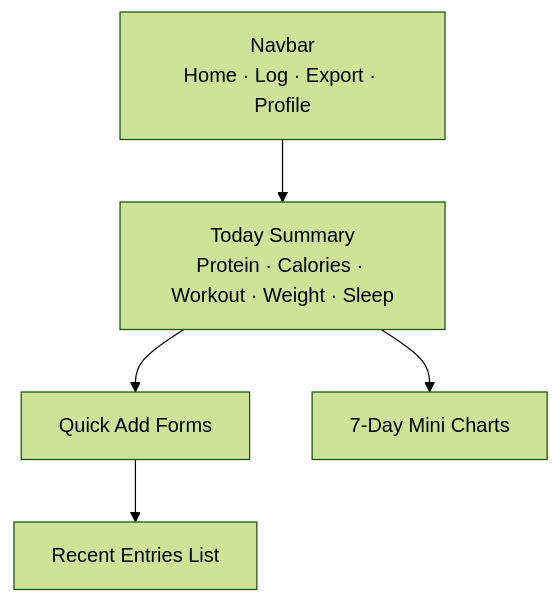
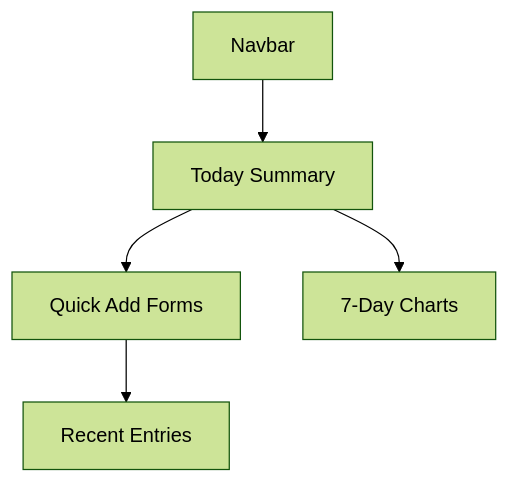
The first of 4 diagrams in README.md (EliyaAblet/stridebite), drawn with Mermaid (forest theme) before and after one commit. The commit also changed other lines of this file, not shown here.

Commit message:
Update README.md with Milestone 2 summary and apply environment variable hardening to settings.py

````diff
--- a/README.md
+++ b/README.md
@@ -66,7 +72,7 @@
 ```mermaid
 flowchart TD
-A[Navbar<br/>Home · Log · Export · Profile] --> B[Today Summary<br/>Protein · Calories · Workout · Weight · Sleep]
+A[Navbar] --> B[Today Summary]
 B --> C[Quick Add Forms]
-B --> D[7-Day Mini Charts]
-C --> E[Recent Entries List]
+B --> D[7-Day Charts]
+C --> E[Recent Entries]
 ```
````
